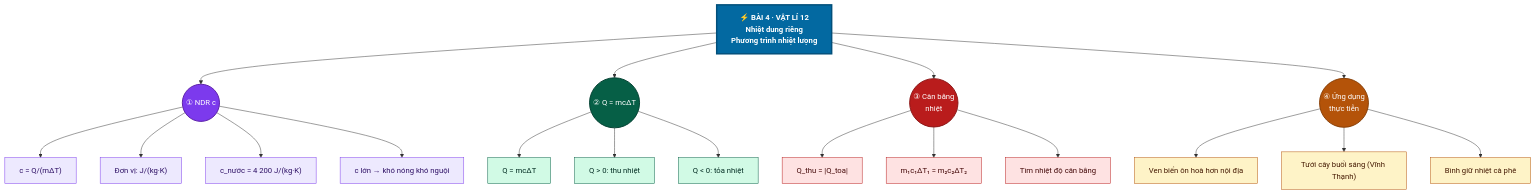
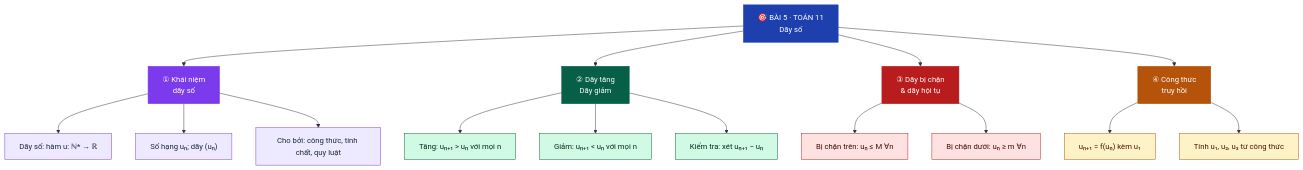
Diagram 16 of 30 in README.md (Trangtu66/Taode_thi_online), drawn with Mermaid before and after one commit. The commit also changed other lines of this file, not shown here.

Commit message:
Chuan hoa bo sung 30 mindmap Mermaid Toan 10/11/12 + Vatli 12

````diff
--- a/README.md
+++ b/README.md
@@ -274,45 +611,32 @@
 ```mermaid
 graph TD
-    Goc["⚡ BÀI 4 · VẬT LÍ 12\nNhiệt dung riêng\nPhương trình nhiệt lượng"]
+    G["🎯 BÀI 5 · TOÁN 11<br/>Dãy số"]:::root
+    G --> A["① Khái niệm<br/>dãy số"]:::n1
+    G --> B["② Dãy tăng<br/>Dãy giảm"]:::n2
+    G --> C["③ Dãy bị chặn<br/>& dãy hội tụ"]:::n3
+    G --> D["④ Công thức<br/>truy hồi"]:::n4
 
-    Goc --> B1(("① NDR c"))
-    Goc --> B2(("② Q = mcΔT"))
-    Goc --> B3(("③ Cân bằng\nnhiệt"))
-    Goc --> B4(("④ Ứng dụng\nthực tiễn"))
+    A --> A1["Dãy số: hàm u: ℕ* → ℝ"]:::l1
+    A --> A2["Số hạng uₙ; dãy (uₙ)"]:::l1
+    A --> A3["Cho bởi: công thức, tính chất, quy luật"]:::l1
 
-    B1 --> B1a["c = Q/(mΔT)"]
-    B1 --> B1b["Đơn vị: J/(kg·K)"]
-    B1 --> B1c["c_nước = 4 200 J/(kg·K)"]
-    B1 --> B1d["c lớn → khó nóng khó nguội"]
+    B --> B1["Tăng: uₙ₊₁ > uₙ với mọi n"]:::l2
+    B --> B2["Giảm: uₙ₊₁ < uₙ với mọi n"]:::l2
+    B --> B3["Kiểm tra: xét uₙ₊₁ − uₙ"]:::l2
 
-    B2 --> B2a["Q = mcΔT"]
-    B2 --> B2b["Q > 0: thu nhiệt"]
-    B2 --> B2c["Q < 0: tỏa nhiệt"]
+    C --> C1["Bị chặn trên: uₙ ≤ M ∀n"]:::l3
+    C --> C2["Bị chặn dưới: uₙ ≥ m ∀n"]:::l3
 
-    B3 --> B3a["Q_thu = |Q_toa|"]
-    B3 --> B3b["m₁c₁ΔT₁ = m₂c₂ΔT₂"]
-    B3 --> B3c["Tìm nhiệt độ cân bằng"]
+    D --> D1["uₙ₊₁ = f(uₙ) kèm u₁"]:::l4
+    D --> D2["Tính u₁, u₂, u₃ từ công thức"]:::l4
 
-    B4 --> B4a["Ven biển ôn hoà hơn nội địa"]
-    B4 --> B4b["Tưới cây buổi sáng (Vĩnh Thạnh)"]
-    B4 --> B4c["Bình giữ nhiệt cà phê"]
-
-    style Goc fill:#0369A1,stroke:#024f7a,stroke-width:3px,color:#fff,font-weight:bold
-    style B1 fill:#7C3AED,stroke:#5b1fa8,stroke-width:2px,color:#fff
-    style B2 fill:#065F46,stroke:#044032,stroke-width:2px,color:#fff
-    style B3 fill:#B91C1C,stroke:#8a1414,stroke-width:2px,color:#fff
-    style B4 fill:#B45309,stroke:#863e06,stroke-width:2px,color:#fff
-    style B1a fill:#EDE9FE,stroke:#7C3AED,color:#2e1065
-    style B1b fill:#EDE9FE,stroke:#7C3AED,color:#2e1065
-    style B1c fill:#EDE9FE,stroke:#7C3AED,color:#2e1065
-    style B1d fill:#EDE9FE,stroke:#7C3AED,color:#2e1065
-    style B2a fill:#D1FAE5,stroke:#065F46,color:#022c22
-    style B2b fill:#D1FAE5,stroke:#065F46,color:#022c22
-    style B2c fill:#D1FAE5,stroke:#065F46,color:#022c22
-    style B3a fill:#FEE2E2,stroke:#B91C1C,color:#450a0a
-    style B3b fill:#FEE2E2,stroke:#B91C1C,color:#450a0a
-    style B3c fill:#FEE2E2,stroke:#B91C1C,color:#450a0a
-    style B4a fill:#FEF3C7,stroke:#B45309,color:#451a03
-    style B4b fill:#FEF3C7,stroke:#B45309,color:#451a03
-    style B4c fill:#FEF3C7,stroke:#B45309,color:#451a03
+    classDef root fill:#1E40AF,color:#fff,stroke:#1E40AF
+    classDef n1 fill:#7C3AED,color:#fff,stroke:#7C3AED
+    classDef n2 fill:#065F46,color:#fff,stroke:#065F46
+    classDef n3 fill:#B91C1C,color:#fff,stroke:#B91C1C
+    classDef n4 fill:#B45309,color:#fff,stroke:#B45309
+    classDef l1 fill:#EDE9FE,color:#1E293B,stroke:#7C3AED
+    classDef l2 fill:#D1FAE5,color:#022c22,stroke:#065F46
+    classDef l3 fill:#FEE2E2,color:#450a0a,stroke:#B91C1C
+    classDef l4 fill:#FEF3C7,color:#451a03,stroke:#B45309
 ```
````
